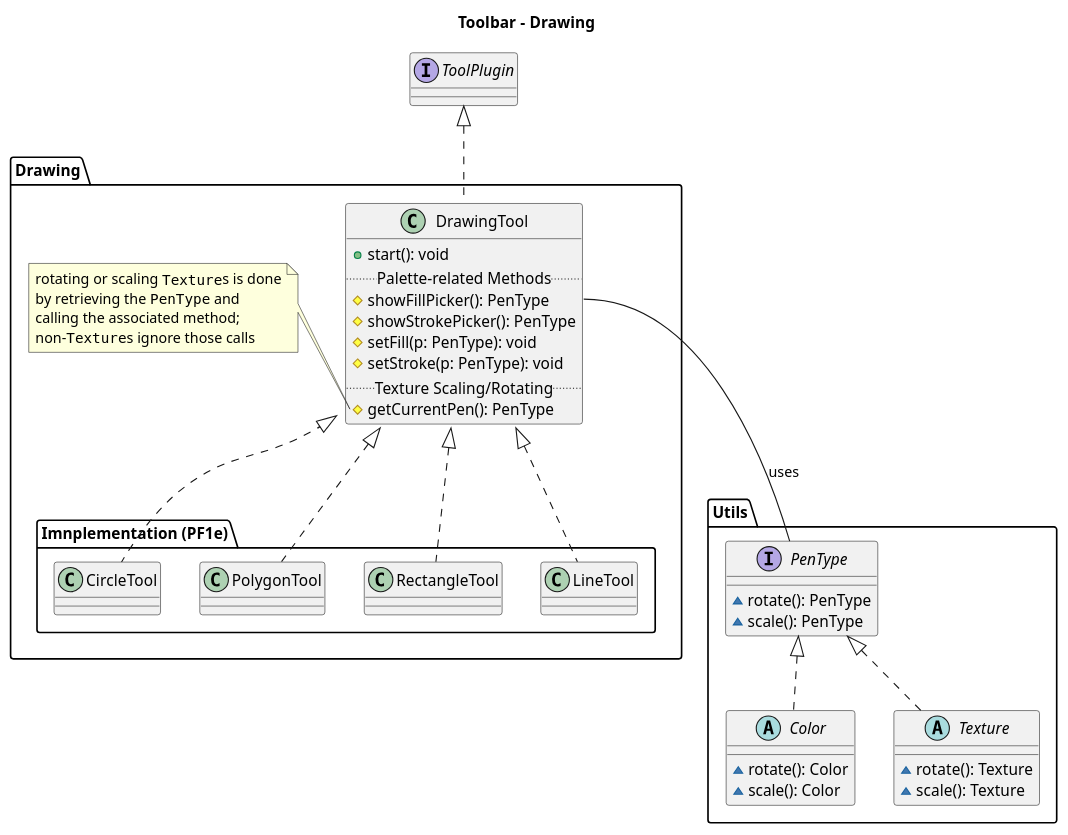
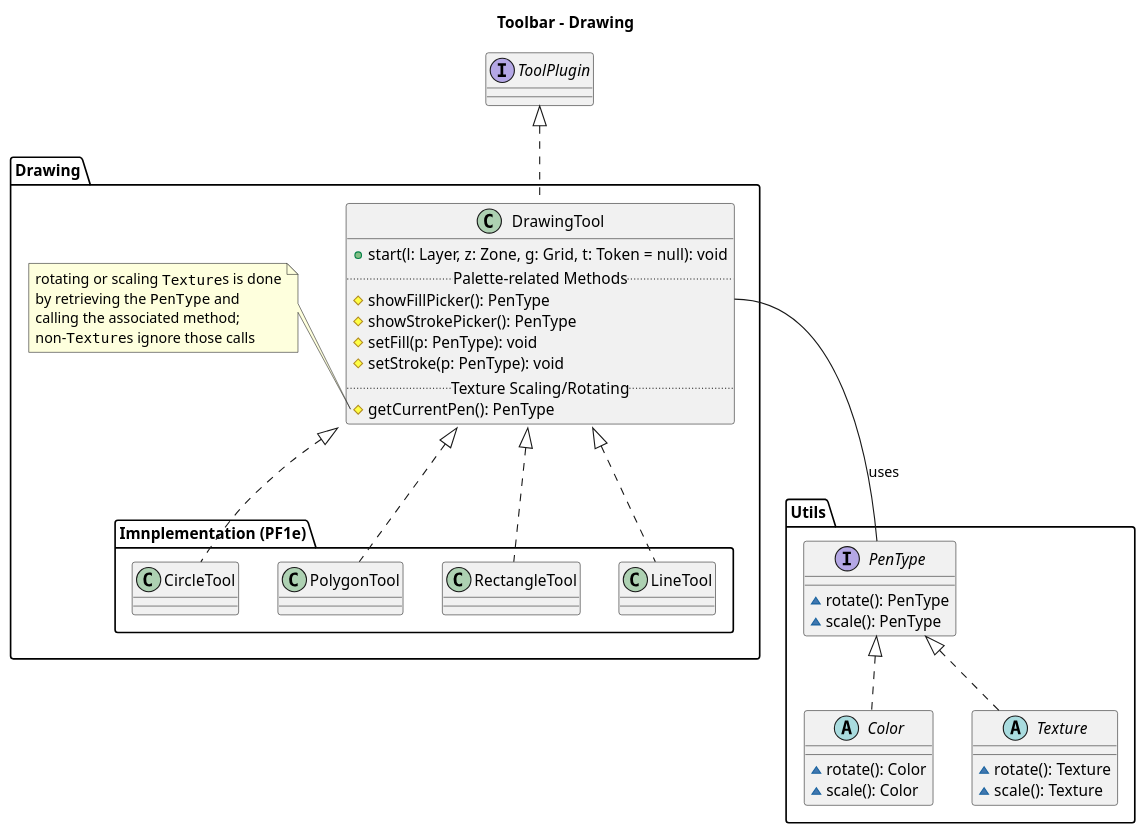
Before and after one commit to Azhrei/toolbar-design: the second of 3 diagrams in Tools.adoc, drawn with PlantUML. The commit also changed other lines of this file and 3 other files, not shown here.

Commit message:
Added a few links, updated some diagrams

```diff
--- a/Tools.adoc
+++ b/Tools.adoc
@@ -105,57 +140,57 @@
 [plantuml, toolbar-drawings]
 ....
 title "Toolbar - Drawing"
 
 interface ToolPlugin
 
 package Utils {
     interface PenType {
         ~rotate(): PenType
         ~scale(): PenType
     }
     abstract class Color implements PenType {
         ~rotate(): Color
         ~scale(): Color
     }
     abstract class Texture implements PenType {
         ~rotate(): Texture
         ~scale(): Texture
     }
 }
 
 package Drawing {
     class DrawingTool implements .ToolPlugin {
-        +start(): void
+        +start(l: Layer, z: Zone, g: Grid, t: Token = null): void
         ..Palette-related Methods..
         #showFillPicker(): PenType
         #showStrokePicker(): PenType
         #setFill(p: PenType): void
         #setStroke(p: PenType): void
         ..Texture Scaling/Rotating..
         #getCurrentPen(): PenType
     }
 
     note left of DrawingTool::getCurrentPen
       rotating or scaling ""Texture""s is done
       by retrieving the ""PenType"" and
       calling the associated method;
       non-""Texture""s ignore those calls
     end note
 
     DrawingTool::showFillPicker -- .Utils.PenType : uses
 
     package Drawing.Implementation as "Imnplementation (PF1e)" {
 	class CircleTool implements Drawing.DrawingTool {
 	}
 
 	class PolygonTool implements Drawing.DrawingTool {
 	}
 
 	class RectangleTool implements Drawing.DrawingTool {
 	}
 
 	class LineTool implements Drawing.DrawingTool {
 	}
     }
 }
 ....
```
